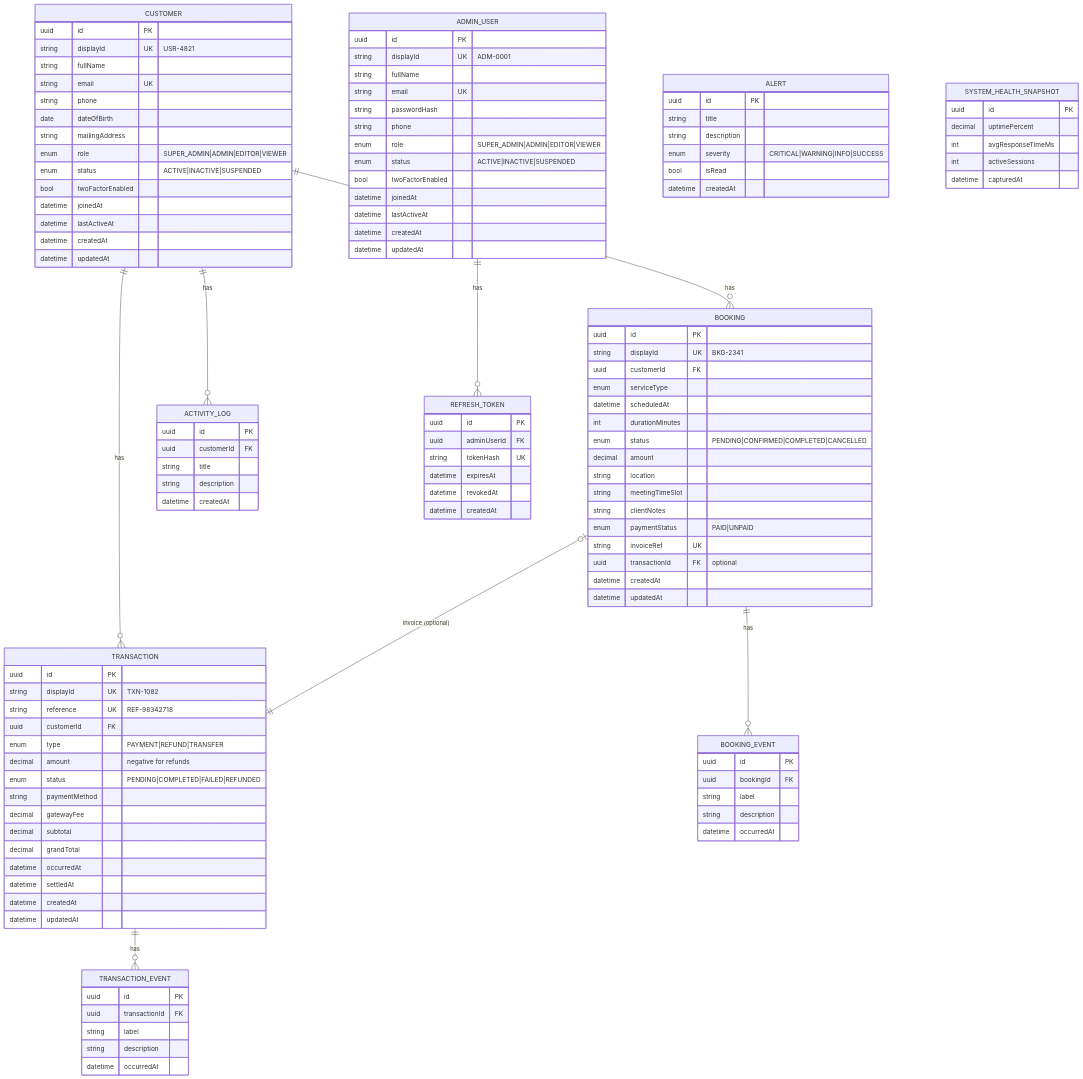
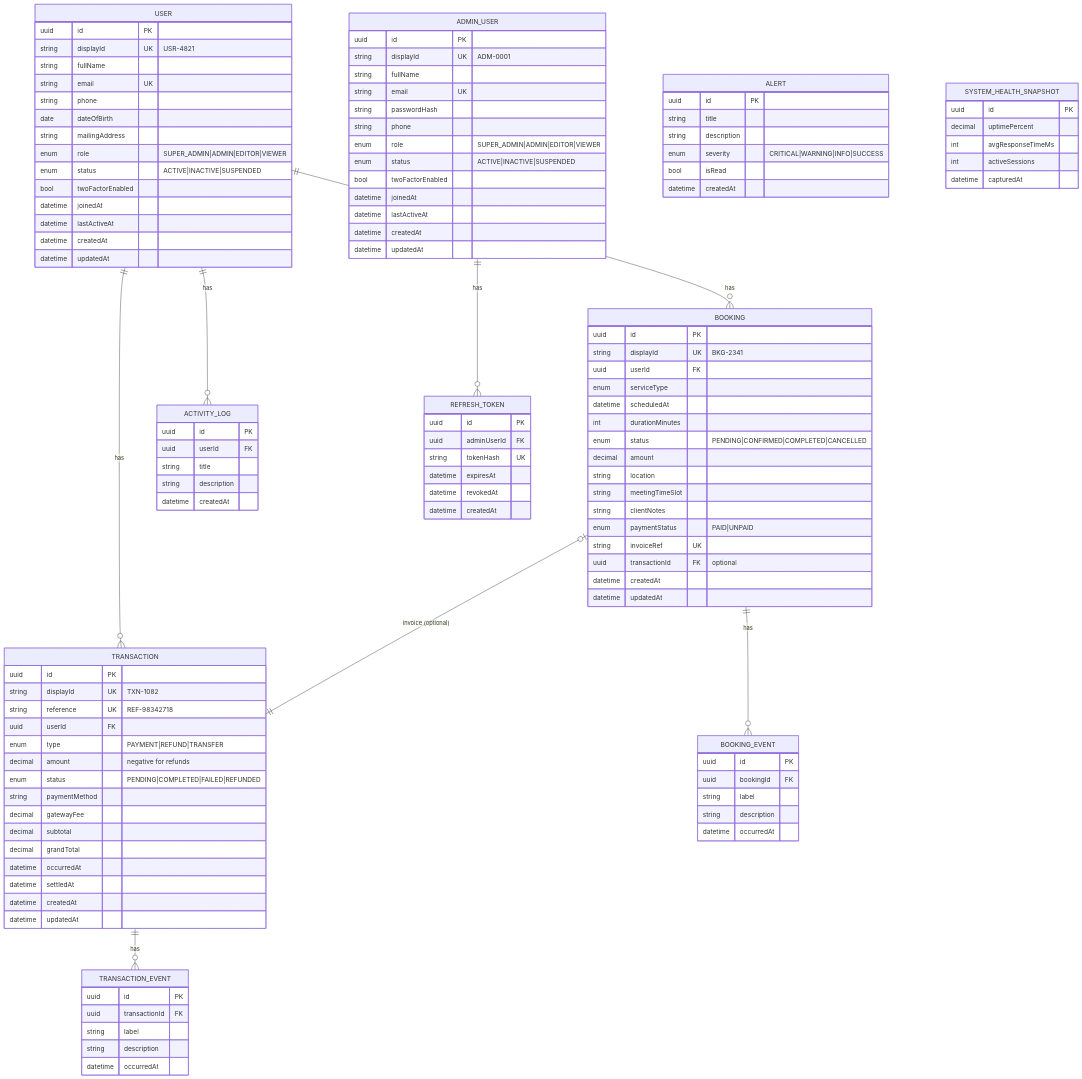
One commit to mnmsagar/admin_miles_assist changed the diagram in docs/ER_DIAGRAM.md. Above: the diagram before and after it, drawn with Mermaid. The commit also changed other lines of this file and 22 other files, not shown here.

First line of the commit message:
refactor: rename Customer entity to User

````diff
--- a/docs/ER_DIAGRAM.md
+++ b/docs/ER_DIAGRAM.md
@@ -8,8 +8,8 @@
 ```mermaid
 erDiagram
-    CUSTOMER ||--o{ TRANSACTION : "has"
-    CUSTOMER ||--o{ BOOKING : "has"
-    CUSTOMER ||--o{ ACTIVITY_LOG : "has"
+    USER ||--o{ TRANSACTION : "has"
+    USER ||--o{ BOOKING : "has"
+    USER ||--o{ ACTIVITY_LOG : "has"
     ADMIN_USER ||--o{ REFRESH_TOKEN : "has"
     TRANSACTION ||--o{ TRANSACTION_EVENT : "has"
     BOOKING ||--o{ BOOKING_EVENT : "has"
@@ -31,7 +31,7 @@
         datetime updatedAt
     }
 
-    CUSTOMER {
+    USER {
         uuid id PK
         string displayId UK "USR-4821"
         string fullName
@@ -52,7 +52,7 @@
         uuid id PK
         string displayId UK "TXN-1082"
         string reference UK "REF-98342718"
-        uuid customerId FK
+        uuid userId FK
         enum type "PAYMENT|REFUND|TRANSFER"
         decimal amount "negative for refunds"
         enum status "PENDING|COMPLETED|FAILED|REFUNDED"
@@ -77,7 +77,7 @@
     BOOKING {
         uuid id PK
         string displayId UK "BKG-2341"
-        uuid customerId FK
+        uuid userId FK
         enum serviceType
         datetime scheduledAt
         int durationMinutes
@@ -103,7 +103,7 @@
 
     ACTIVITY_LOG {
         uuid id PK
-        uuid customerId FK
+        uuid userId FK
         string title
         string description
         datetime createdAt
````
